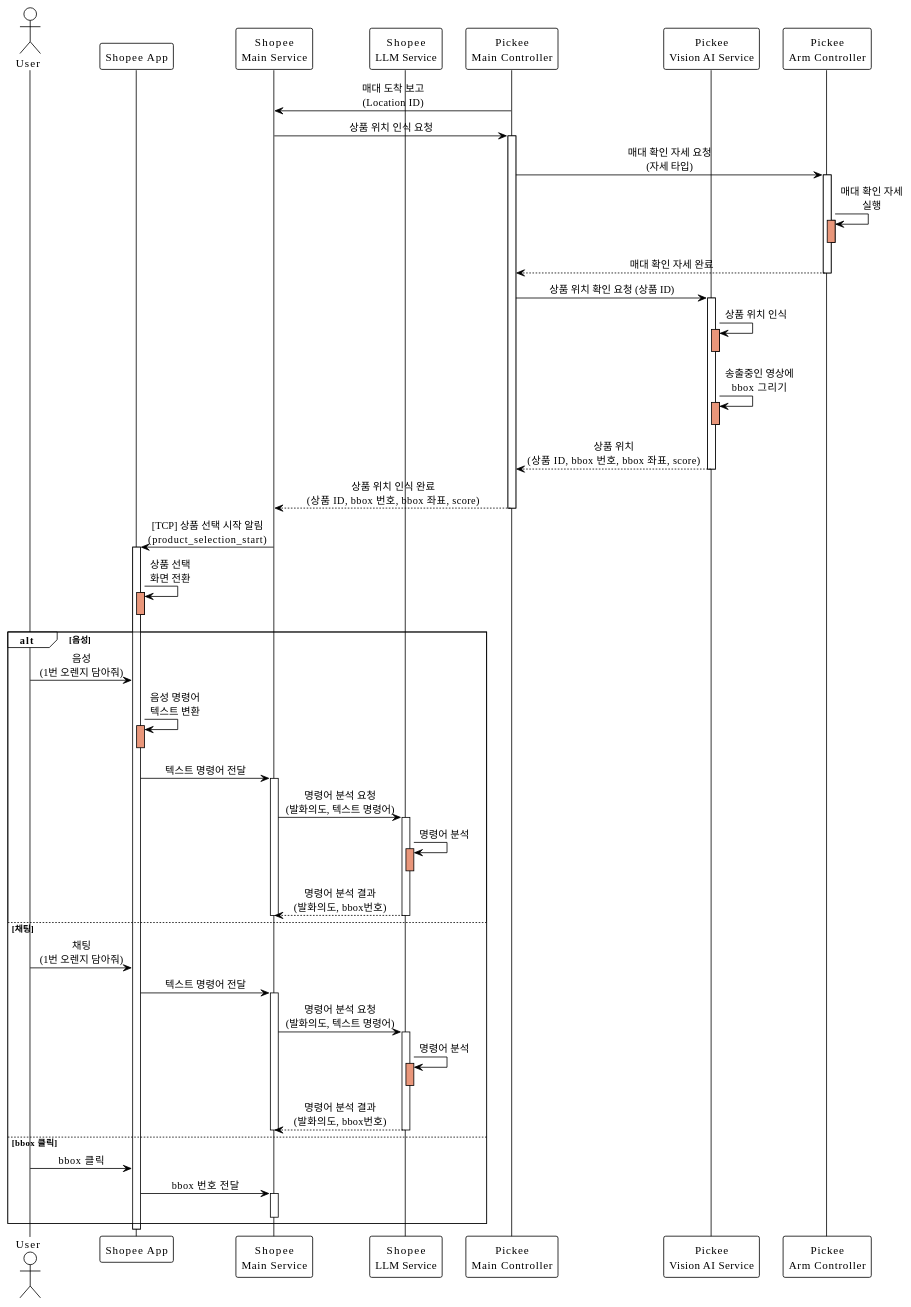
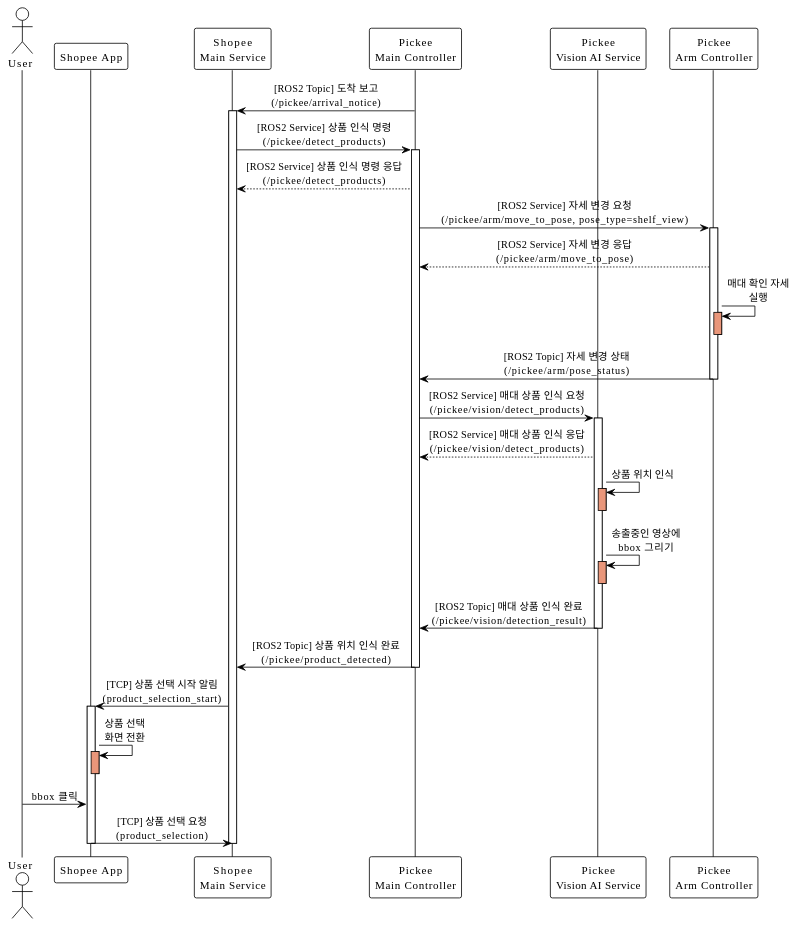
Before and after one commit to addinedu-roscamp-7th/roscamp-repo-1: the diagram in docs/SequenceDiagram/SC_02_3_2.md, drawn with PlantUML. The commit also changed 8 other files, not shown here.

```diff
--- a/docs/SequenceDiagram/SC_02_3_2.md
+++ b/docs/SequenceDiagram/SC_02_3_2.md
@@ -1,4 +1,4 @@
-@startuml SC_02_3_2_수동선택
+@startuml
 !theme plain
 skinparam backgroundColor #FFFFFF
 skinparam sequenceMessageAlign center
@@ -6,28 +6,34 @@
 actor User as user
 participant "Shopee App" as app
 participant "Shopee\nMain Service" as main
-participant "Shopee\nLLM Service" as llm
 participant "Pickee\nMain Controller" as pickee_main
 participant "Pickee\nVision AI Service" as vision
 participant "Pickee\nArm Controller" as pickee_arm
 
-pickee_main -> main: 매대 도착 보고\n(Location ID)
+pickee_main -> main: [ROS2 Topic] 도착 보고\n(/pickee/arrival_notice)
+activate main
 
-main -> pickee_main: 상품 위치 인식 요청
+main -> pickee_main: [ROS2 Service] 상품 인식 명령\n(/pickee/detect_products)
 activate pickee_main
 
-pickee_main -> pickee_arm: 매대 확인 자세 요청\n(자세 타입)
+pickee_main --> main: [ROS2 Service] 상품 인식 명령 응답\n(/pickee/detect_products)
+
+pickee_main -> pickee_arm: [ROS2 Service] 자세 변경 요청\n(/pickee/arm/move_to_pose, pose_type=shelf_view)
 activate pickee_arm
+
+pickee_arm --> pickee_main: [ROS2 Service] 자세 변경 응답\n(/pickee/arm/move_to_pose)
 
 pickee_arm -> pickee_arm: 매대 확인 자세\n실행
 activate pickee_arm #DarkSalmon
 deactivate pickee_arm
 
-pickee_arm --> pickee_main: 매대 확인 자세 완료
+pickee_arm -> pickee_main: [ROS2 Topic] 자세 변경 상태\n(/pickee/arm/pose_status)
 deactivate pickee_arm
 
-pickee_main -> vision: 상품 위치 확인 요청 (상품 ID)
+pickee_main -> vision: [ROS2 Service] 매대 상품 인식 요청\n(/pickee/vision/detect_products)
 activate vision
+
+vision --> pickee_main: [ROS2 Service] 매대 상품 인식 응답\n(/pickee/vision/detect_products)
 
 vision -> vision: 상품 위치 인식
 activate vision #DarkSalmon
@@ -37,10 +43,10 @@
 activate vision #DarkSalmon
 deactivate vision
 
-vision --> pickee_main: 상품 위치\n(상품 ID, bbox 번호, bbox 좌표, score)
+vision -> pickee_main: [ROS2 Topic] 매대 상품 인식 완료\n(/pickee/vision/detection_result)
 deactivate vision
 
-pickee_main --> main: 상품 위치 인식 완료\n(상품 ID, bbox 번호, bbox 좌표, score)
+pickee_main -> main: [ROS2 Topic] 상품 위치 인식 완료\n(/pickee/product_detected)
 deactivate pickee_main
 
 main -> app: [TCP] 상품 선택 시작 알림\n(product_selection_start)
@@ -50,54 +56,11 @@
 activate app #DarkSalmon
 deactivate app
 
-alt 음성
-    user -> app: 음성\n(1번 오렌지 담아줘)
-    
-    app -> app: 음성 명령어\n텍스트 변환
-    activate app #DarkSalmon
-    deactivate app
-    
-    app -> main: 텍스트 명령어 전달
-    activate main
-    
-    main -> llm: 명령어 분석 요청\n(발화의도, 텍스트 명령어)
-    activate llm
-    
-    llm -> llm: 명령어 분석
-    activate llm #DarkSalmon
-    deactivate llm
-    
-    llm --> main: 명령어 분석 결과\n(발화의도, bbox번호)
-    deactivate llm
-    
-    deactivate main
+user -> app: bbox 클릭
 
-else 채팅
-    user -> app: 채팅\n(1번 오렌지 담아줘)
-    
-    app -> main: 텍스트 명령어 전달
-    activate main
-    
-    main -> llm: 명령어 분석 요청\n(발화의도, 텍스트 명령어)
-    activate llm
-    
-    llm -> llm: 명령어 분석
-    activate llm #DarkSalmon
-    deactivate llm
-    
-    llm --> main: 명령어 분석 결과\n(발화의도, bbox번호)
-    deactivate llm
-    
-    deactivate main
-
-else bbox 클릭
-    user -> app: bbox 클릭
-    
-    app -> main: bbox 번호 전달
-    activate main
-    deactivate main
-end
+app -> main: [TCP] 상품 선택 요청\n(product_selection)
 
 deactivate app
+deactivate main
 
 @enduml
```
